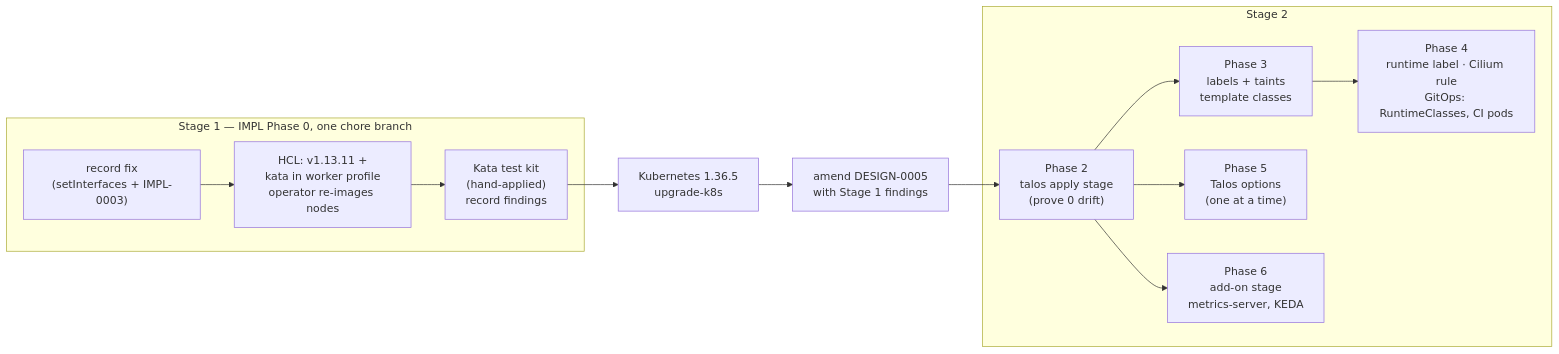
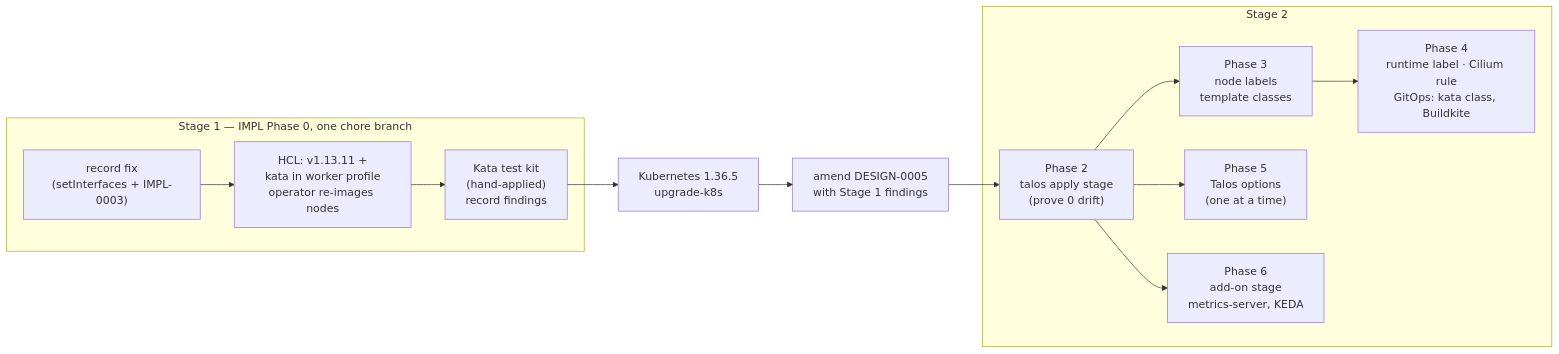
One commit to donaldgifford/hoomlab changed the third of 3 diagrams in docs/design/0005-talos-11311-upgrade-with-kata-ci-isolation-and-cluster-options.md. Above: the diagram before and after it, drawn with Mermaid. The commit also changed other lines of this file and 2 other files, not shown here.

First line of the commit message:
docs(design): DESIGN-0005 Phase 2 gate — Stage 1 findings, per-workload Kata

````diff
--- a/docs/design/0005-talos-11311-upgrade-with-kata-ci-isolation-and-cluster-options.md
+++ b/docs/design/0005-talos-11311-upgrade-with-kata-ci-isolation-and-cluster-options.md
@@ -894,16 +951,16 @@
 ```mermaid
 flowchart LR
     subgraph S1["Stage 1 — IMPL Phase 0, one chore branch"]
         P0["record fix<br/>(setInterfaces + IMPL-0003)"] --> P1["HCL: v1.13.11 +<br/>kata in worker profile<br/>operator re-images nodes"]
         P1 --> T["Kata test kit<br/>(hand-applied)<br/>record findings"]
     end
     T --> K["Kubernetes 1.36.5<br/>upgrade-k8s"]
     K --> A["amend DESIGN-0005<br/>with Stage 1 findings"]
     subgraph S2["Stage 2"]
-        P2["Phase 2<br/>talos apply stage<br/>(prove 0 drift)"] --> P3["Phase 3<br/>labels + taints<br/>template classes"]
-        P3 --> P4["Phase 4<br/>runtime label · Cilium rule<br/>GitOps: RuntimeClasses, CI pods"]
+        P2["Phase 2<br/>talos apply stage<br/>(prove 0 drift)"] --> P3["Phase 3<br/>node labels<br/>template classes"]
+        P3 --> P4["Phase 4<br/>runtime label · Cilium rule<br/>GitOps: kata class, Buildkite"]
         P2 --> P5["Phase 5<br/>Talos options<br/>(one at a time)"]
         P2 --> P6["Phase 6<br/>add-on stage<br/>metrics-server, KEDA"]
     end
     A --> P2
 ```
````
